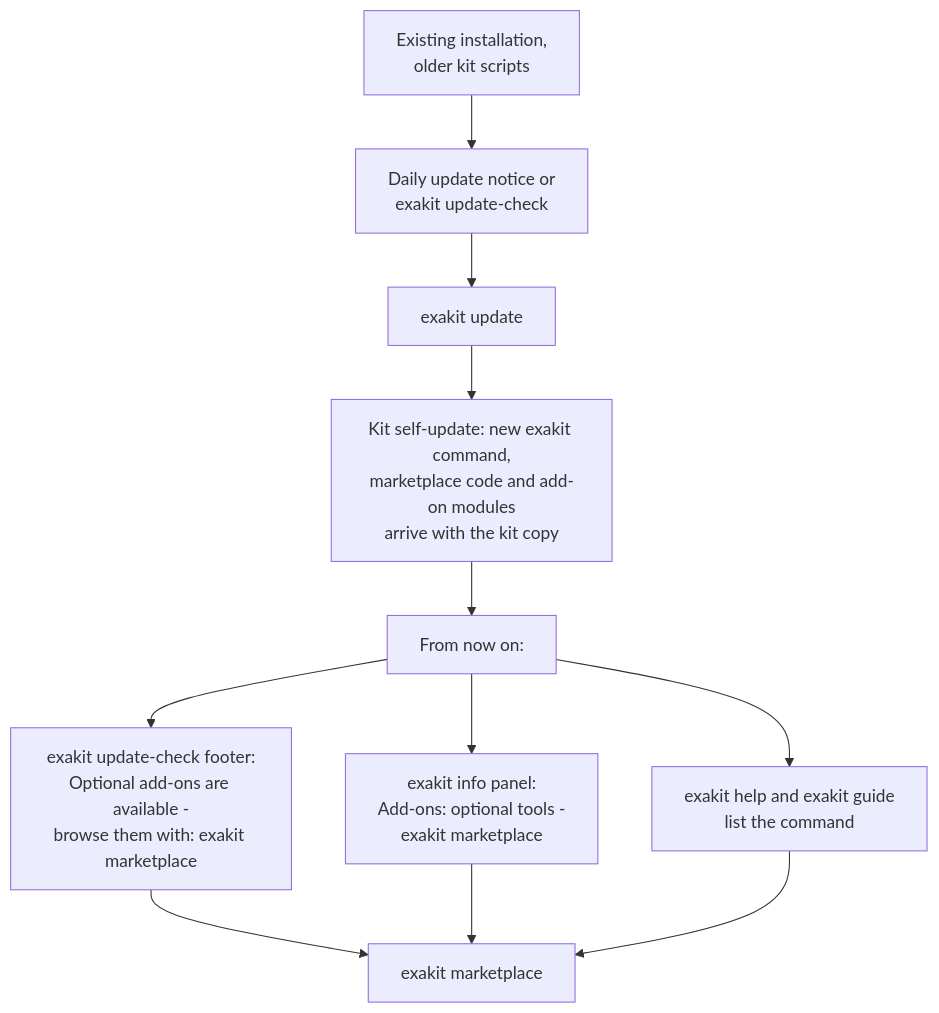
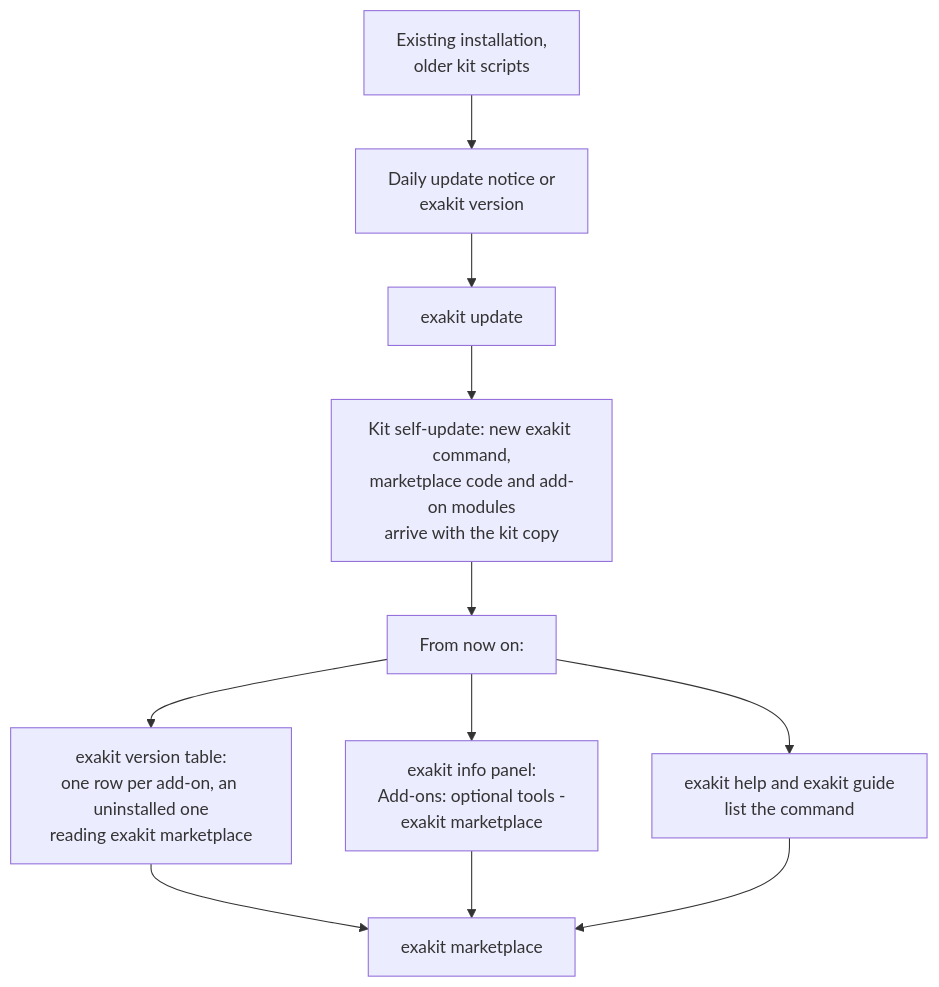
The third of 7 diagrams in MARKETPLACE-FLOWS.md (Sheetaldharshan200/update-path), drawn with Mermaid before and after one commit. The commit also changed other lines of this file and 32 other files, not shown here.

````diff
--- a/MARKETPLACE-FLOWS.md
+++ b/MARKETPLACE-FLOWS.md
@@ -114,15 +114,15 @@
 ```mermaid
 flowchart TD
-    A[Existing installation,<br>older kit scripts] --> B[Daily update notice or<br>exakit update-check]
+    A[Existing installation,<br>older kit scripts] --> B[Daily update notice or<br>exakit version]
     B --> C[exakit update]
     C --> D[Kit self-update: new exakit command,<br>marketplace code and add-on modules<br>arrive with the kit copy]
     D --> E[From now on:]
-    E --> F[exakit update-check footer:<br>Optional add-ons are available -<br>browse them with: exakit marketplace]
+    E --> F[exakit version table:<br>one row per add-on, an uninstalled one<br>reading exakit marketplace]
     E --> G[exakit info panel:<br>Add-ons: optional tools -<br>exakit marketplace]
     E --> H[exakit help and exakit guide<br>list the command]
     F --> I[exakit marketplace]
     G --> I
     H --> I
 
     click I "#scenario-3-browsing-and-installing"
 ```
````
